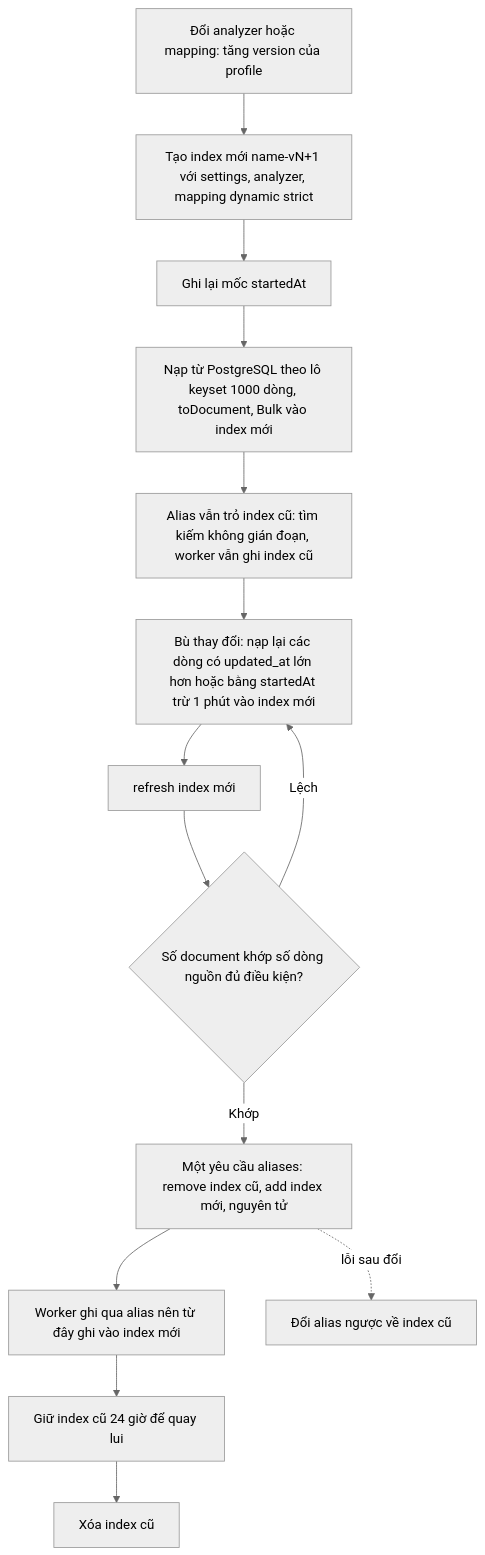
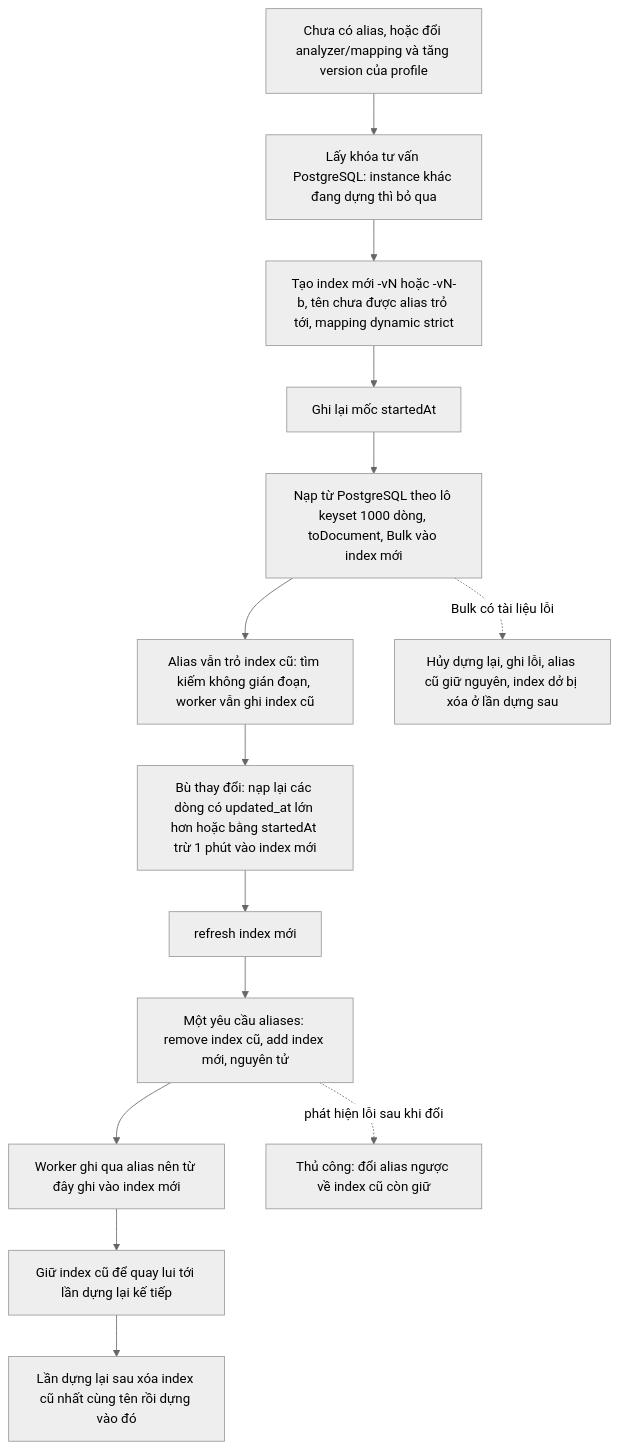
One commit to LoDtus/location-insight changed the diagram in workspace/features/017-search-elasticsearch/diagrams/flow-reindex-zero-downtime.mmd. Above: the diagram before and after it, drawn with Mermaid (neutral theme). The commit also changed 30 other files, not shown here.

```diff
--- a/workspace/features/017-search-elasticsearch/diagrams/flow-reindex-zero-downtime.mmd
+++ b/workspace/features/017-search-elasticsearch/diagrams/flow-reindex-zero-downtime.mmd
@@ -1,14 +1,13 @@
 flowchart TD
-  A[Đổi analyzer hoặc mapping: tăng version của profile] --> B[Tạo index mới name-vN+1 với settings, analyzer, mapping dynamic strict]
+  A[Chưa có alias, hoặc đổi analyzer/mapping và tăng version của profile] --> A2[Lấy khóa tư vấn PostgreSQL: instance khác đang dựng thì bỏ qua] --> B[Tạo index mới -vN hoặc -vN-b, tên chưa được alias trỏ tới, mapping dynamic strict]
   B --> C[Ghi lại mốc startedAt]
   C --> D[Nạp từ PostgreSQL theo lô keyset 1000 dòng, toDocument, Bulk vào index mới]
   D --> E[Alias vẫn trỏ index cũ: tìm kiếm không gián đoạn, worker vẫn ghi index cũ]
   E --> F[Bù thay đổi: nạp lại các dòng có updated_at lớn hơn hoặc bằng startedAt trừ 1 phút vào index mới]
   F --> G[refresh index mới]
-  G --> H{Số document khớp số dòng nguồn đủ điều kiện?}
-  H -- Lệch --> F
-  H -- Khớp --> I[Một yêu cầu aliases: remove index cũ, add index mới, nguyên tử]
+  D -. Bulk có tài liệu lỗi .-> X[Hủy dựng lại, ghi lỗi, alias cũ giữ nguyên, index dở bị xóa ở lần dựng sau]
+  G --> I[Một yêu cầu aliases: remove index cũ, add index mới, nguyên tử]
   I --> J[Worker ghi qua alias nên từ đây ghi vào index mới]
-  J --> K[Giữ index cũ 24 giờ để quay lui]
-  K --> L[Xóa index cũ]
-  I -. lỗi sau đổi .-> R[Đổi alias ngược về index cũ]
+  J --> K[Giữ index cũ để quay lui tới lần dựng lại kế tiếp]
+  K --> L[Lần dựng lại sau xóa index cũ nhất cùng tên rồi dựng vào đó]
+  I -. phát hiện lỗi sau khi đổi .-> R[Thủ công: đổi alias ngược về index cũ còn giữ]
```
